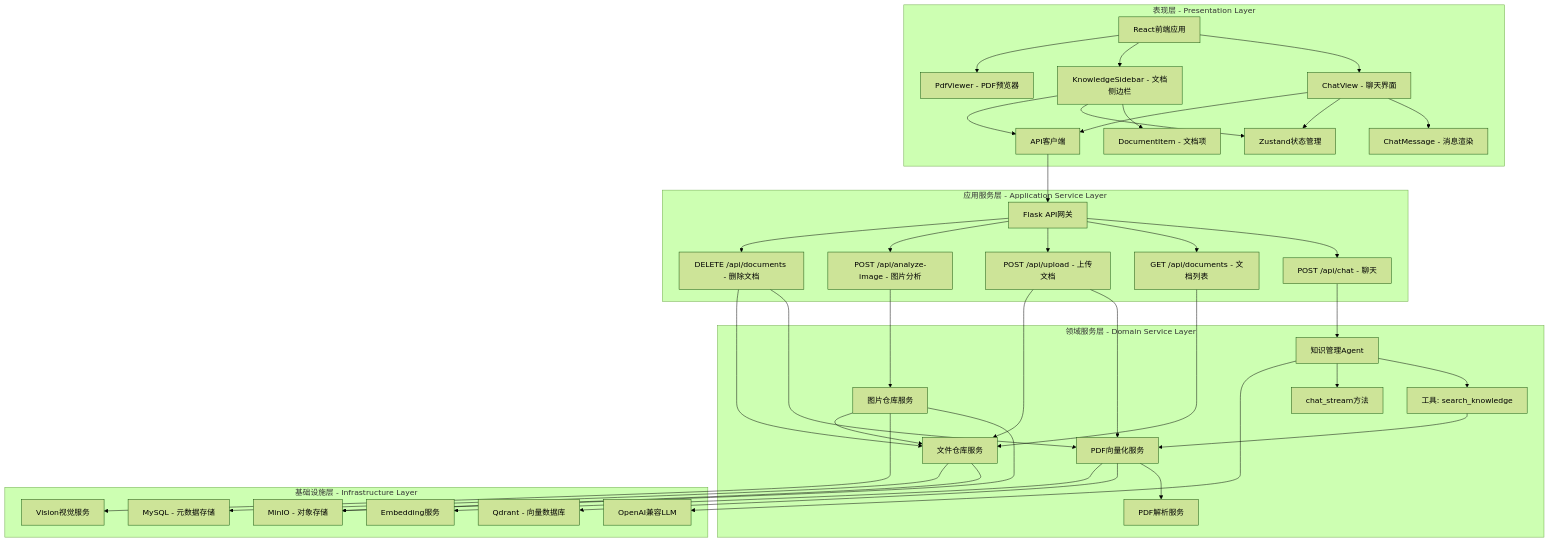
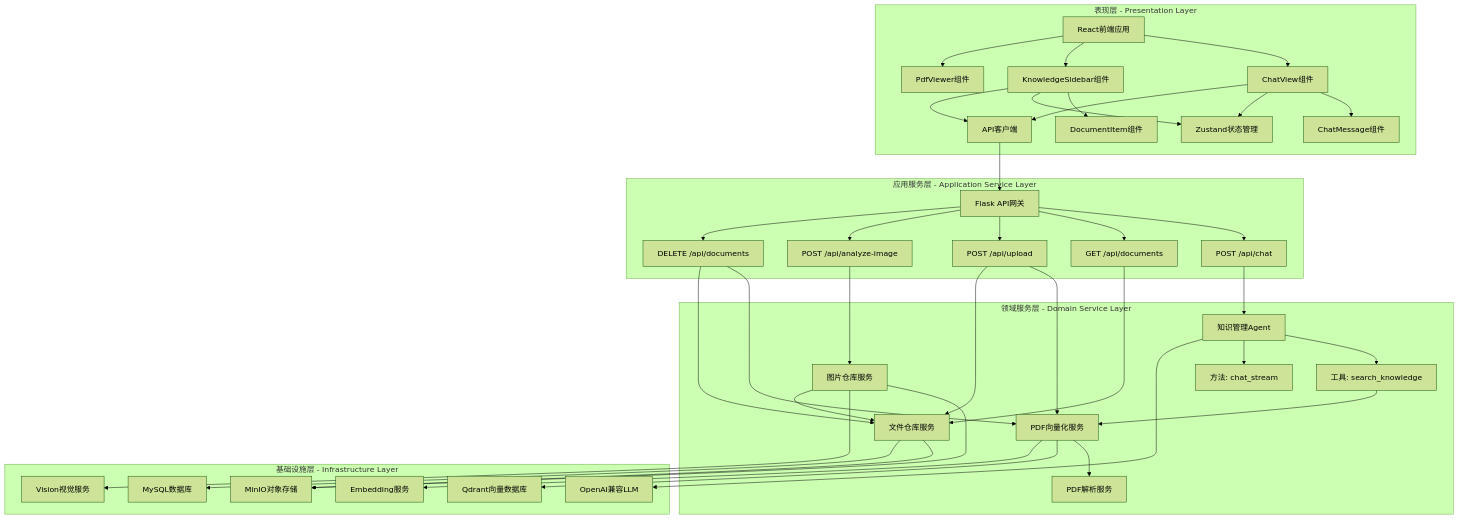
One commit to zizaijiyihu/pdf2json changed the first of 8 diagrams in ARCHITECTURE.md. Above: the diagram before and after it, drawn with Mermaid (forest theme). The commit also changed other lines of this file, not shown here.

Commit message:
refactor: 优化架构图为上下分层结构
- 改为完全的上下分层结构（TB方向）
- UI组件名称统一添加组件后缀
- 基础设施层放在最底层
- 优化层间依赖关系的展示

```diff
--- a/ARCHITECTURE.md
+++ b/ARCHITECTURE.md
@@ -34,65 +34,66 @@
 graph TB
     subgraph "表现层 - Presentation Layer"
         UI[React前端应用]
-        ChatView[ChatView - 聊天界面]
-        ChatMessage[ChatMessage - 消息渲染]
-        KnowledgeSidebar[KnowledgeSidebar - 文档侧边栏]
-        DocumentItem[DocumentItem - 文档项]
-        PdfViewer[PdfViewer - PDF预览器]
+        ChatView[ChatView组件]
+        ChatMessage[ChatMessage组件]
+        KnowledgeSidebar[KnowledgeSidebar组件]
+        DocumentItem[DocumentItem组件]
+        PdfViewer[PdfViewer组件]
         Store[Zustand状态管理]
         APIClient[API客户端]
+        
+        UI --> ChatView
+        UI --> KnowledgeSidebar
+        UI --> PdfViewer
+        ChatView --> ChatMessage
+        KnowledgeSidebar --> DocumentItem
+        ChatView --> Store
+        KnowledgeSidebar --> Store
+        ChatView --> APIClient
+        KnowledgeSidebar --> APIClient
     end
 
     subgraph "应用服务层 - Application Service Layer"
         API[Flask API网关]
-        API_Chat[POST /api/chat - 聊天]
-        API_Doc[GET /api/documents - 文档列表]
-        API_Upload[POST /api/upload - 上传文档]
-        API_Image[POST /api/analyze-image - 图片分析]
-        API_Delete[DELETE /api/documents - 删除文档]
+        API_Chat[POST /api/chat]
+        API_Doc[GET /api/documents]
+        API_Upload[POST /api/upload]
+        API_Image[POST /api/analyze-image]
+        API_Delete[DELETE /api/documents]
+        
+        API --> API_Chat
+        API --> API_Doc
+        API --> API_Upload
+        API --> API_Image
+        API --> API_Delete
     end
 
     subgraph "领域服务层 - Domain Service Layer"
         KM[知识管理Agent]
         KM_SearchTool[工具: search_knowledge]
-        KM_Chat[chat_stream方法]
+        KM_Chat[方法: chat_stream]
         PDFVec[PDF向量化服务]
         PDFJson[PDF解析服务]
         FileRepo[文件仓库服务]
         ImgRepo[图片仓库服务]
+        
+        KM --> KM_SearchTool
+        KM --> KM_Chat
+        KM_SearchTool --> PDFVec
     end
 
     subgraph "基础设施层 - Infrastructure Layer"
-        MySQL[MySQL - 元数据存储]
-        MinIO[MinIO - 对象存储]
-        Qdrant[Qdrant - 向量数据库]
+        MySQL[MySQL数据库]
+        MinIO[MinIO对象存储]
+        Qdrant[Qdrant向量数据库]
         LLM[OpenAI兼容LLM]
         Embedding[Embedding服务]
         Vision[Vision视觉服务]
     end
 
-    %% 表现层内部依赖
-    UI --> ChatView
-    UI --> KnowledgeSidebar
-    UI --> PdfViewer
-    ChatView --> ChatMessage
-    KnowledgeSidebar --> DocumentItem
-    ChatView --> Store
-    KnowledgeSidebar --> Store
-    ChatView --> APIClient
-    KnowledgeSidebar --> APIClient
-
-    %% 表现层到应用服务层
+    %% 层间依赖关系
     APIClient --> API
-
-    %% 应用服务层内部
-    API --> API_Chat
-    API --> API_Doc
-    API --> API_Upload
-    API --> API_Image
-    API --> API_Delete
-
-    %% 应用服务层到领域服务层
+    
     API_Chat --> KM
     API_Doc --> FileRepo
     API_Upload --> PDFVec
@@ -100,13 +101,7 @@
     API_Image --> ImgRepo
     API_Delete --> PDFVec
     API_Delete --> FileRepo
-
-    %% 领域服务层内部
-    KM --> KM_SearchTool
-    KM --> KM_Chat
-    KM_SearchTool --> PDFVec
-
-    %% 领域服务层到基础设施层
+    
     KM --> LLM
     PDFVec --> PDFJson
     PDFVec --> Qdrant
```
